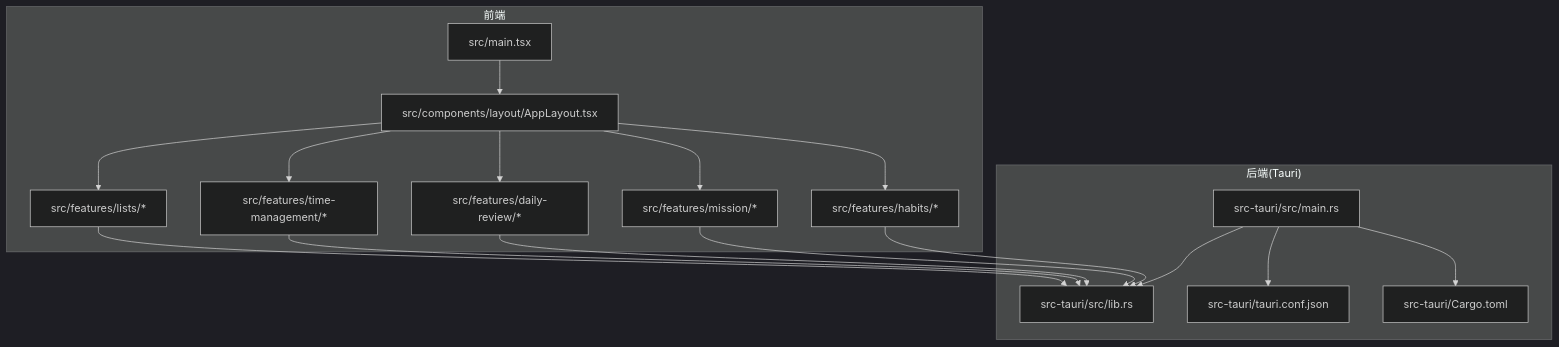
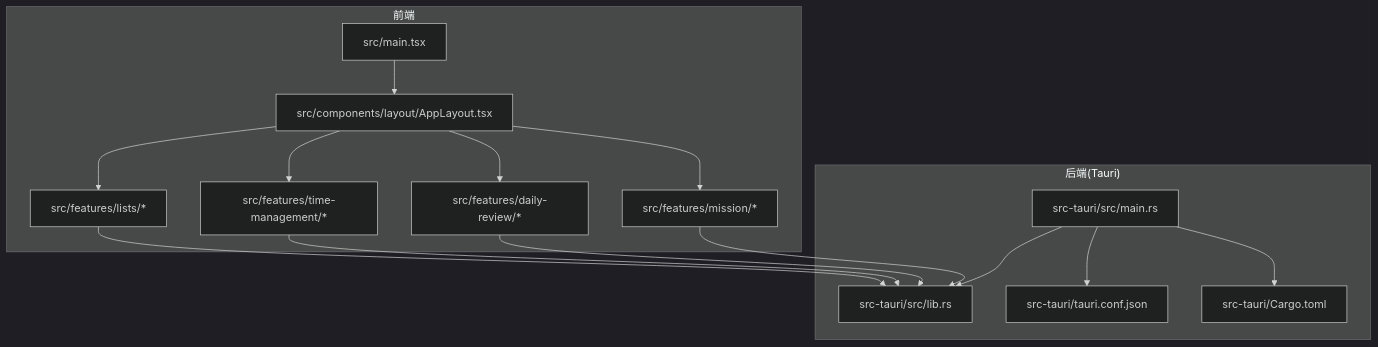
One commit to gzdxhujiale/FishWorker changed the first of 6 diagrams in .qoder/repowiki/zh/content/项目概述/项目概述.md. Above: the diagram before and after it, drawn with Mermaid (dark theme). The commit also changed other lines of this file and 36 other files, not shown here.

````diff
--- a/.qoder/repowiki/zh/content/项目概述/项目概述.md
+++ b/.qoder/repowiki/zh/content/项目概述/项目概述.md
@@ -61,32 +66,29 @@
 ```mermaid
 graph TB
 subgraph "前端"
 FE_Main["src/main.tsx"]
 FE_Layout["src/components/layout/AppLayout.tsx"]
 FE_Lists["src/features/lists/*"]
 FE_Time["src/features/time-management/*"]
 FE_Daily["src/features/daily-review/*"]
 FE_Mission["src/features/mission/*"]
-FE_Habits["src/features/habits/*"]
 end
 subgraph "后端(Tauri)"
 TA_Main["src-tauri/src/main.rs"]
 TA_Lib["src-tauri/src/lib.rs"]
 TA_Config["src-tauri/tauri.conf.json"]
 TA_Cargo["src-tauri/Cargo.toml"]
 end
 FE_Main --> FE_Layout
 FE_Layout --> FE_Lists
 FE_Layout --> FE_Time
 FE_Layout --> FE_Daily
 FE_Layout --> FE_Mission
-FE_Layout --> FE_Habits
 FE_Lists --> TA_Lib
 FE_Time --> TA_Lib
 FE_Daily --> TA_Lib
 FE_Mission --> TA_Lib
-FE_Habits --> TA_Lib
 TA_Main --> TA_Lib
 TA_Main --> TA_Config
 TA_Main --> TA_Cargo
 ```
````
